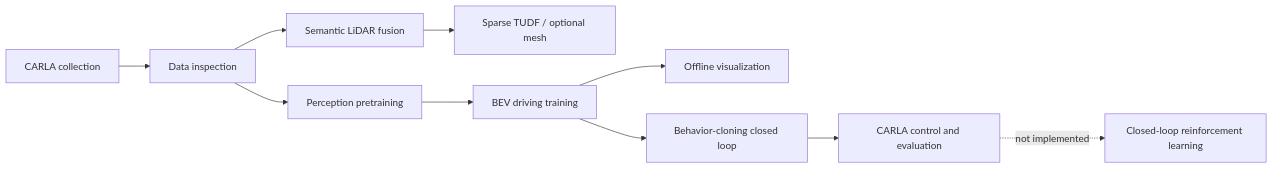
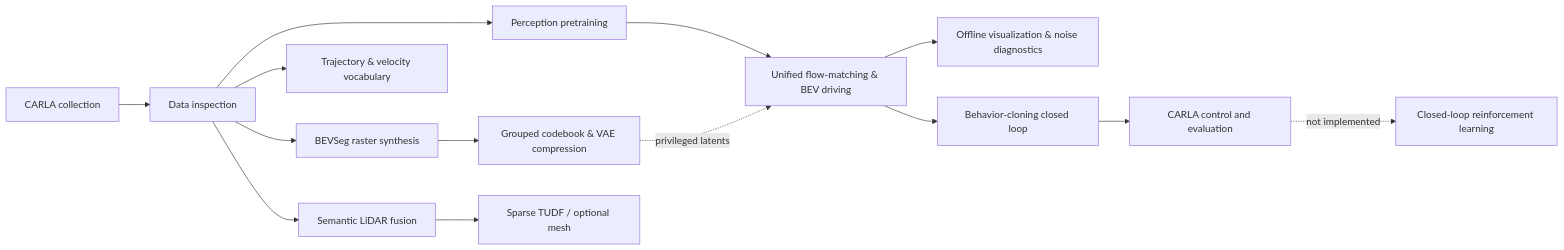
Before and after one commit to ByteDriveTeam/ByteDrive-Toy: the first of 3 diagrams in README.md, drawn with Mermaid. The commit also changed other lines of this file and 4 other files, not shown here.

Commit message:
refactor: update architecture documentation, driving model, and bilingual project indexes

````diff
--- a/README.md
+++ b/README.md
@@ -78,12 +80,16 @@
 ```mermaid
 flowchart LR
     A["CARLA collection"] --> B["Data inspection"]
     B --> C["Perception pretraining"]
+    B --> V1["BEVSeg raster synthesis"]
+    V1 --> V2["Grouped codebook & VAE compression"]
+    B --> TV["Trajectory & velocity vocabulary"]
     B --> R1["Semantic LiDAR fusion"]
     R1 --> R2["Sparse TUDF / optional mesh"]
-    C --> D["BEV driving training"]
-    D --> E["Offline visualization"]
+    C --> D["Unified flow-matching & BEV driving"]
+    V2 -.->|"privileged latents"| D
+    D --> E["Offline visualization & noise diagnostics"]
     D --> F["Behavior-cloning closed loop"]
     F --> G["CARLA control and evaluation"]
     G -.->|"not implemented"| H["Closed-loop reinforcement learning"]
 ```
````
